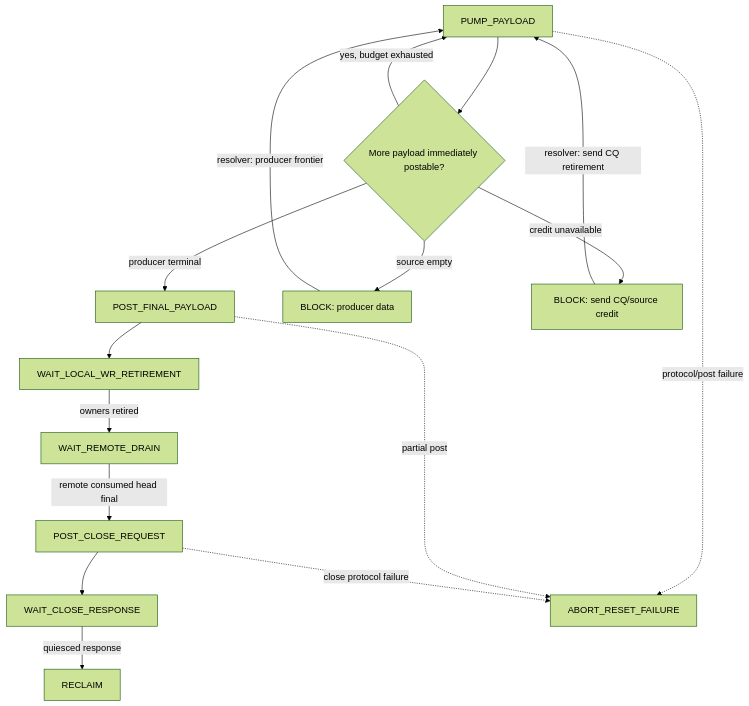
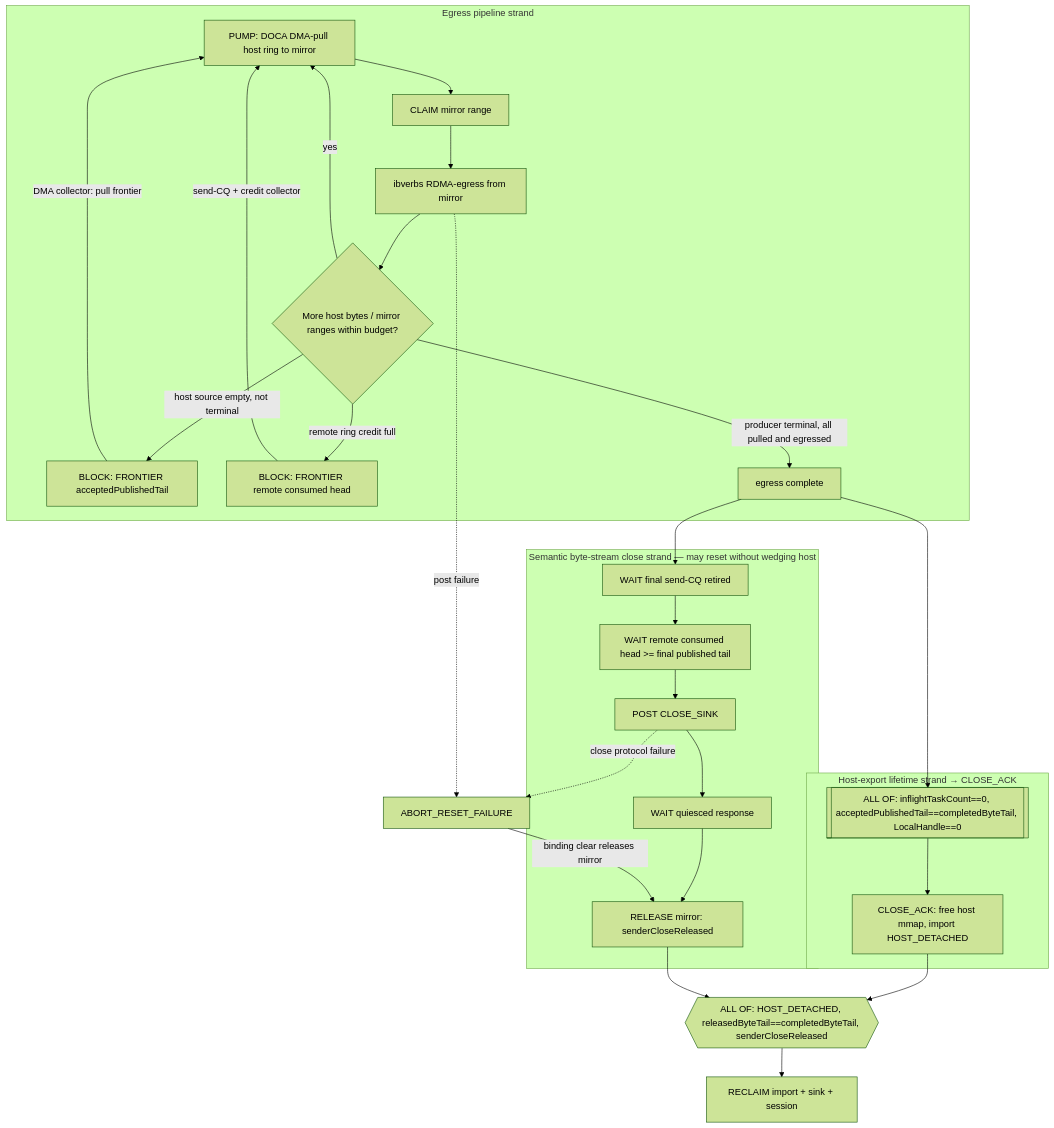
One commit to fardatalab/postgres-dbcomm changed the third of 5 diagrams in docs/kb/future-directions/citus/transport/homer_continuation_graph_scheduler_plan.md. Above: the diagram before and after it, drawn with Mermaid (forest theme). The commit also changed other lines of this file and 1 other file, not shown here.

````diff
--- a/docs/kb/future-directions/citus/transport/homer_continuation_graph_scheduler_plan.md
+++ b/docs/kb/future-directions/citus/transport/homer_continuation_graph_scheduler_plan.md
@@ -819,30 +950,45 @@
 ```mermaid
 flowchart TD
-    P0[PUMP_PAYLOAD]
-    P1{More payload immediately postable?}
-    P2[POST_FINAL_PAYLOAD]
-    P3[WAIT_LOCAL_WR_RETIREMENT]
-    P4[WAIT_REMOTE_DRAIN]
-    P5[POST_CLOSE_REQUEST]
-    P6[WAIT_CLOSE_RESPONSE]
-    P7[RECLAIM]
+    subgraph Egress[Egress pipeline strand]
+        E0[PUMP: DOCA DMA-pull host ring to mirror]
+        E1[CLAIM mirror range]
+        E2[ibverbs RDMA-egress from mirror]
+        E3{More host bytes / mirror ranges within budget?}
+        E0 --> E1 --> E2 --> E3
+        E3 -->|yes| E0
+        E3 -->|host source empty, not terminal| WDATA[BLOCK: FRONTIER acceptedPublishedTail]
+        E3 -->|remote ring credit full| WCREDIT[BLOCK: FRONTIER remote consumed head]
+        E3 -->|producer terminal, all pulled and egressed| EGRESSDONE[egress complete]
+        WDATA -->|DMA collector: pull frontier| E0
+        WCREDIT -->|send-CQ + credit collector| E0
+    end
+
+    subgraph HostExport[Host-export lifetime strand → CLOSE_ACK]
+        H0[["ALL OF: inflightTaskCount==0, acceptedPublishedTail==completedByteTail, LocalHandle==0"]]
+        H1[CLOSE_ACK: free host mmap, import HOST_DETACHED]
+        H0 --> H1
+    end
+
+    subgraph Semantic[Semantic byte-stream close strand — may reset without wedging host]
+        S0[WAIT final send-CQ retired]
+        S1["WAIT remote consumed head >= final published tail"]
+        S2[POST CLOSE_SINK]
+        S3[WAIT quiesced response]
+        S4[RELEASE mirror: senderCloseReleased]
+        S0 --> S1 --> S2 --> S3 --> S4
+    end
+
+    R{{"ALL OF: HOST_DETACHED, releasedByteTail==completedByteTail, senderCloseReleased"}}
+    RECLAIM[RECLAIM import + sink + session]
     FAIL[ABORT_RESET_FAILURE]
 
-    P0 --> P1
-    P1 -->|yes, budget exhausted| P0
-    P1 -->|source empty| WDATA[BLOCK: producer data]
-    P1 -->|credit unavailable| WCREDIT[BLOCK: send CQ/source credit]
-    P1 -->|producer terminal| P2
-    P2 --> P3
-    P3 -->|owners retired| P4
-    P4 -->|remote consumed head final| P5
-    P5 --> P6
-    P6 -->|quiesced response| P7
+    EGRESSDONE --> H0
+    EGRESSDONE --> S0
+    H1 --> R
+    S4 --> R
+    R --> RECLAIM
 
-    WDATA -->|resolver: producer frontier| P0
-    WCREDIT -->|resolver: send CQ retirement| P0
-
-    P0 -.protocol/post failure.-> FAIL
-    P2 -.partial post.-> FAIL
-    P5 -.close protocol failure.-> FAIL
+    E2 -.post failure.-> FAIL
+    S2 -.close protocol failure.-> FAIL
+    FAIL -->|binding clear releases mirror| S4
 ```
````
